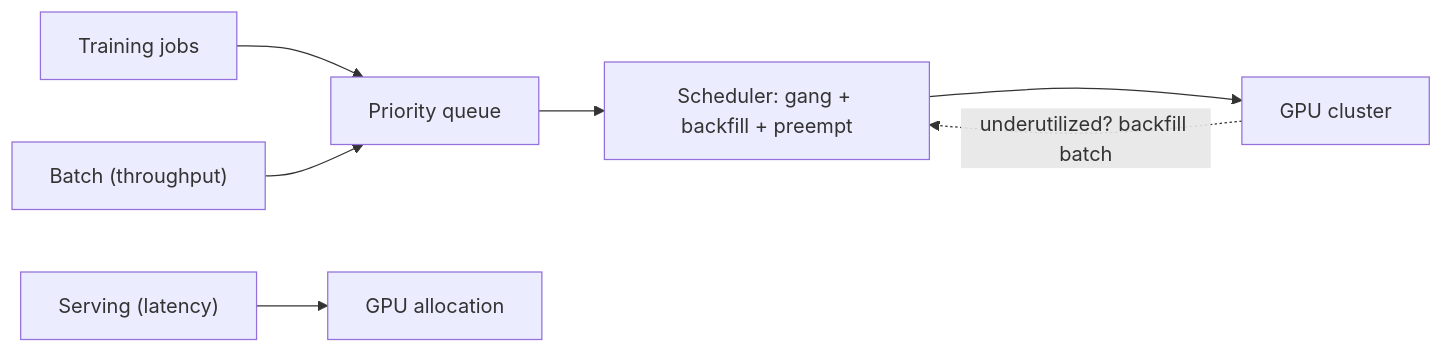
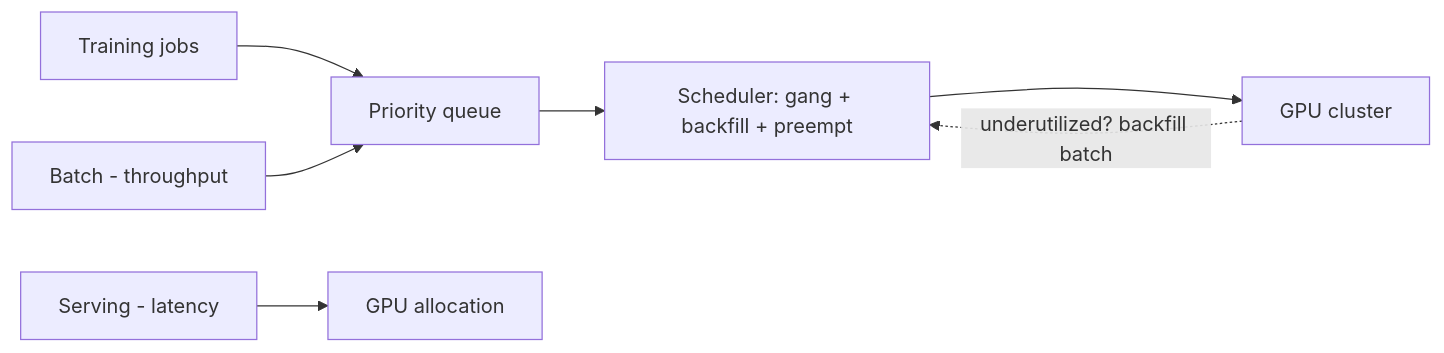
The diagram in docs/10-extreme-scale/08-gpu-batch-scheduling.md (RIT-MESH/system-design-mastery), drawn with Mermaid before and after one commit. The commit also changed 139 other files, not shown here.

First line of the commit message:
Fix Mermaid parse errors: replace parentheses in node labels across 140 files

````diff
--- a/docs/10-extreme-scale/08-gpu-batch-scheduling.md
+++ b/docs/10-extreme-scale/08-gpu-batch-scheduling.md
@@ -23,10 +23,10 @@
 ```mermaid
 %% created-for: system-design-mastery
 flowchart LR
   Train["Training jobs"] --> Q["Priority queue"]
-  Serv["Serving (latency)"] --> Alloc["GPU allocation"]
-  Batch["Batch (throughput)"] --> Q
+  Serv["Serving - latency"] --> Alloc["GPU allocation"]
+  Batch["Batch - throughput"] --> Q
   Q --> Sched["Scheduler: gang + backfill + preempt"]
   Sched --> Cluster["GPU cluster"]
   Cluster -.underutilized? backfill batch.-> Sched
 ```
````
